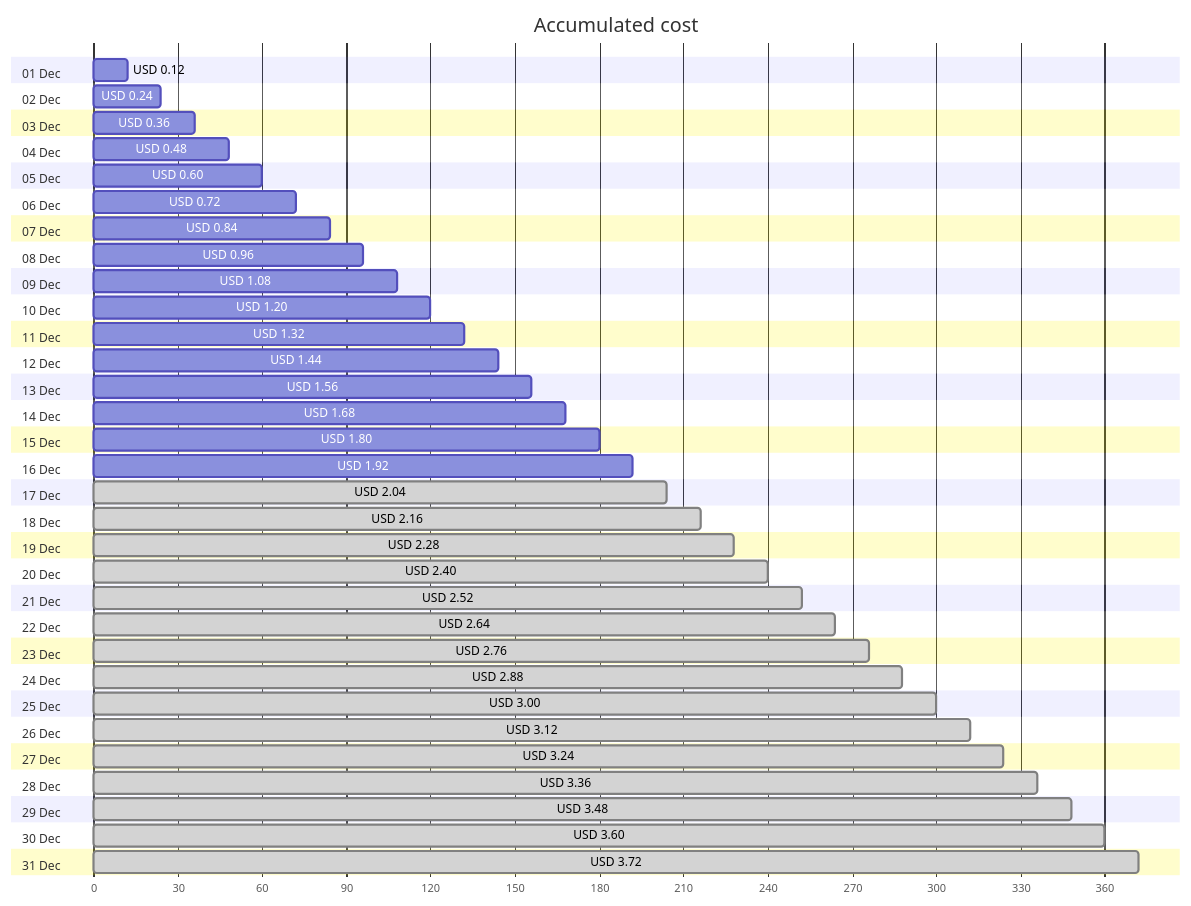
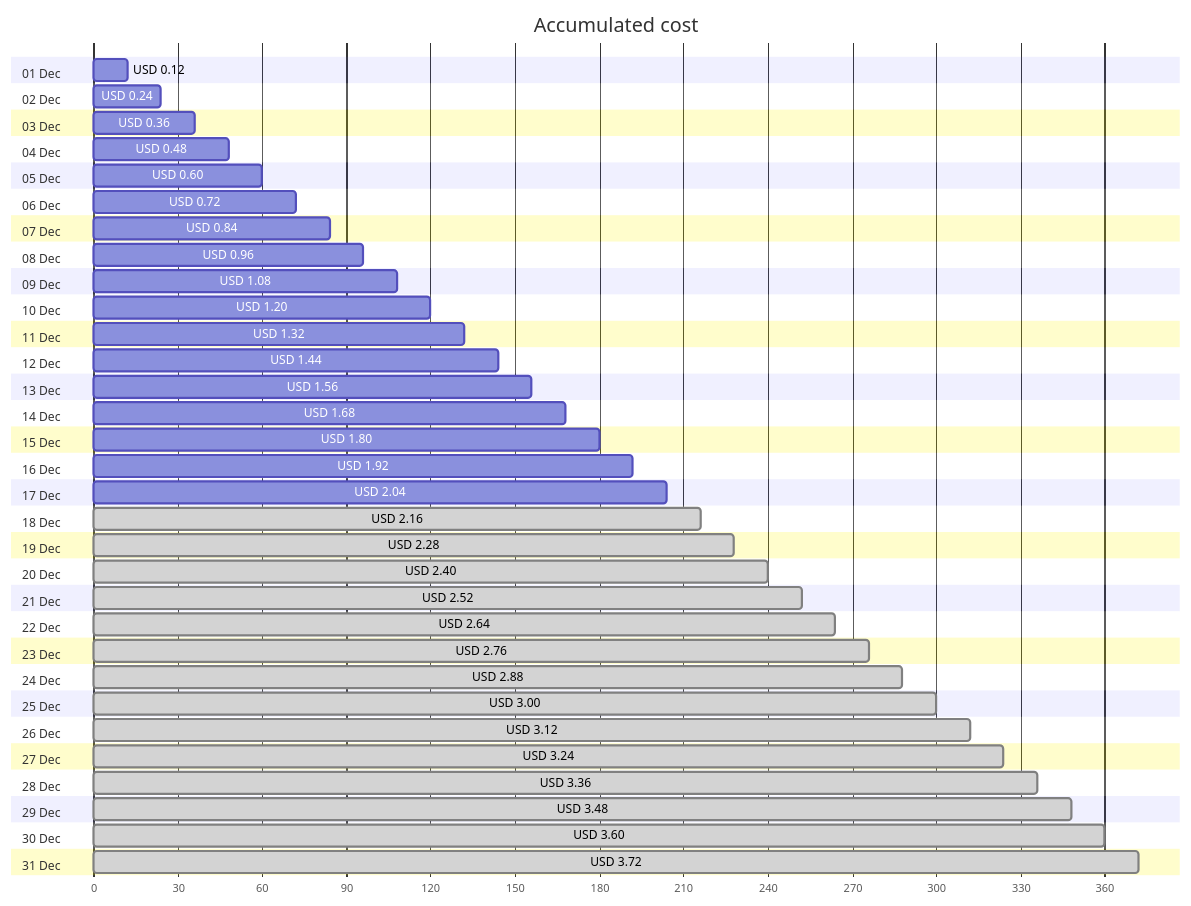
The first of 4 diagrams in cost-reports/personal-network/backup-server-public-ip.md (jpfulton/azure-personal-reports), drawn with Mermaid before and after one commit. The commit also changed other lines of this file and 8 other files, not shown here.

````diff
--- a/cost-reports/personal-network/backup-server-public-ip.md
+++ b/cost-reports/personal-network/backup-server-public-ip.md
@@ -20,68 +20,68 @@
 ```mermaid
 gantt
    title Accumulated cost
    dateFormat  X
    axisFormat %s
    section 01 Dec
    USD 0.12 :0, 12
    section 02 Dec
    USD 0.24 :0, 24
    section 03 Dec
    USD 0.36 :0, 36
    section 04 Dec
    USD 0.48 :0, 48
    section 05 Dec
    USD 0.60 :0, 60
    section 06 Dec
    USD 0.72 :0, 72
    section 07 Dec
    USD 0.84 :0, 84
    section 08 Dec
    USD 0.96 :0, 96
    section 09 Dec
    USD 1.08 :0, 108
    section 10 Dec
    USD 1.20 :0, 120
    section 11 Dec
    USD 1.32 :0, 132
    section 12 Dec
    USD 1.44 :0, 144
    section 13 Dec
    USD 1.56 :0, 156
    section 14 Dec
    USD 1.68 :0, 168
    section 15 Dec
    USD 1.80 :0, 180
    section 16 Dec
    USD 1.92 :0, 192
    section 17 Dec
-   USD 2.04 : done, 0, 204
+   USD 2.04 :0, 204
    section 18 Dec
    USD 2.16 : done, 0, 216
    section 19 Dec
    USD 2.28 : done, 0, 228
    section 20 Dec
    USD 2.40 : done, 0, 240
    section 21 Dec
    USD 2.52 : done, 0, 252
    section 22 Dec
    USD 2.64 : done, 0, 264
    section 23 Dec
    USD 2.76 : done, 0, 276
    section 24 Dec
    USD 2.88 : done, 0, 288
    section 25 Dec
    USD 3.00 : done, 0, 300
    section 26 Dec
    USD 3.12 : done, 0, 312
    section 27 Dec
    USD 3.24 : done, 0, 324
    section 28 Dec
    USD 3.36 : done, 0, 336
    section 29 Dec
    USD 3.48 : done, 0, 348
    section 30 Dec
    USD 3.60 : done, 0, 360
    section 31 Dec
    USD 3.72 : done, 0, 372
 ```
````
